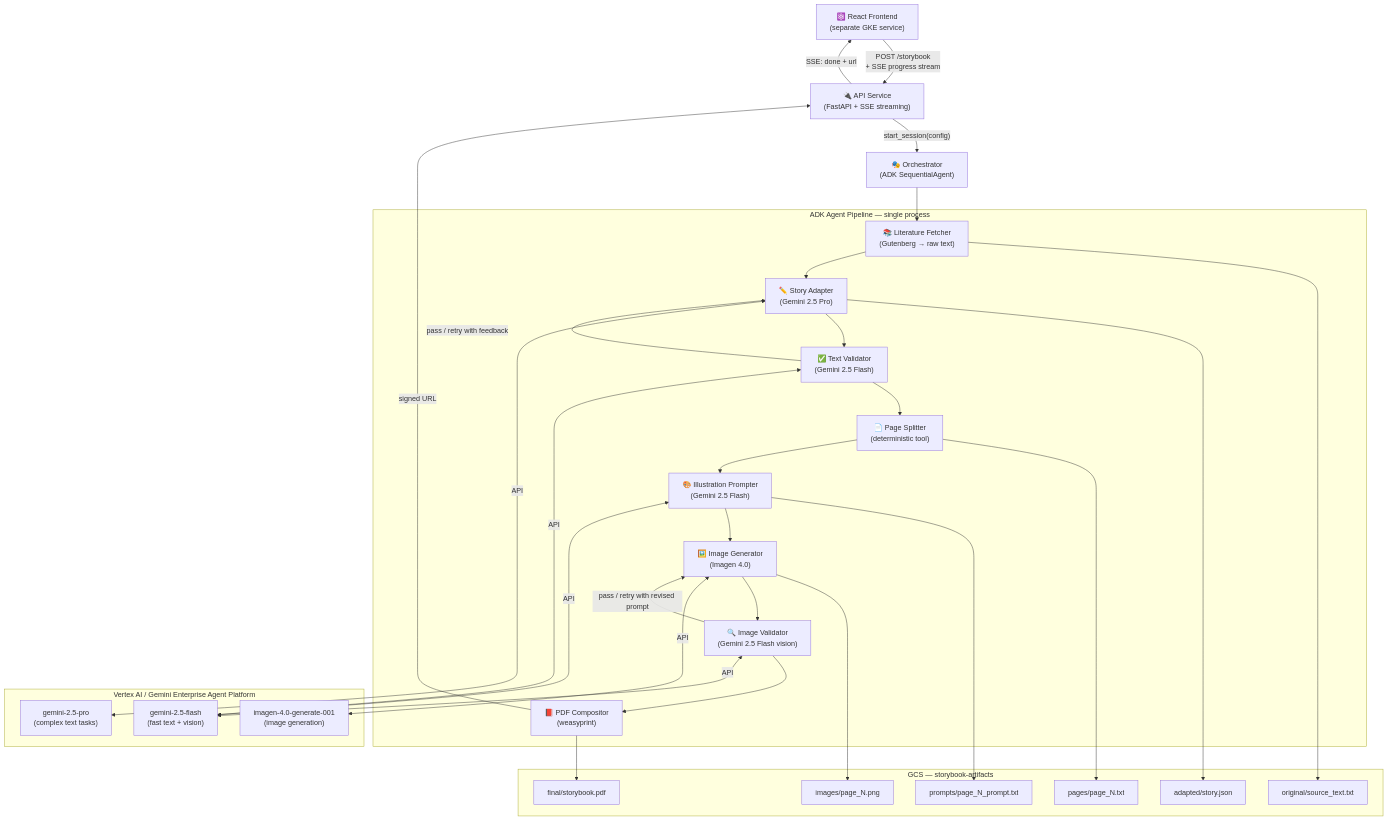
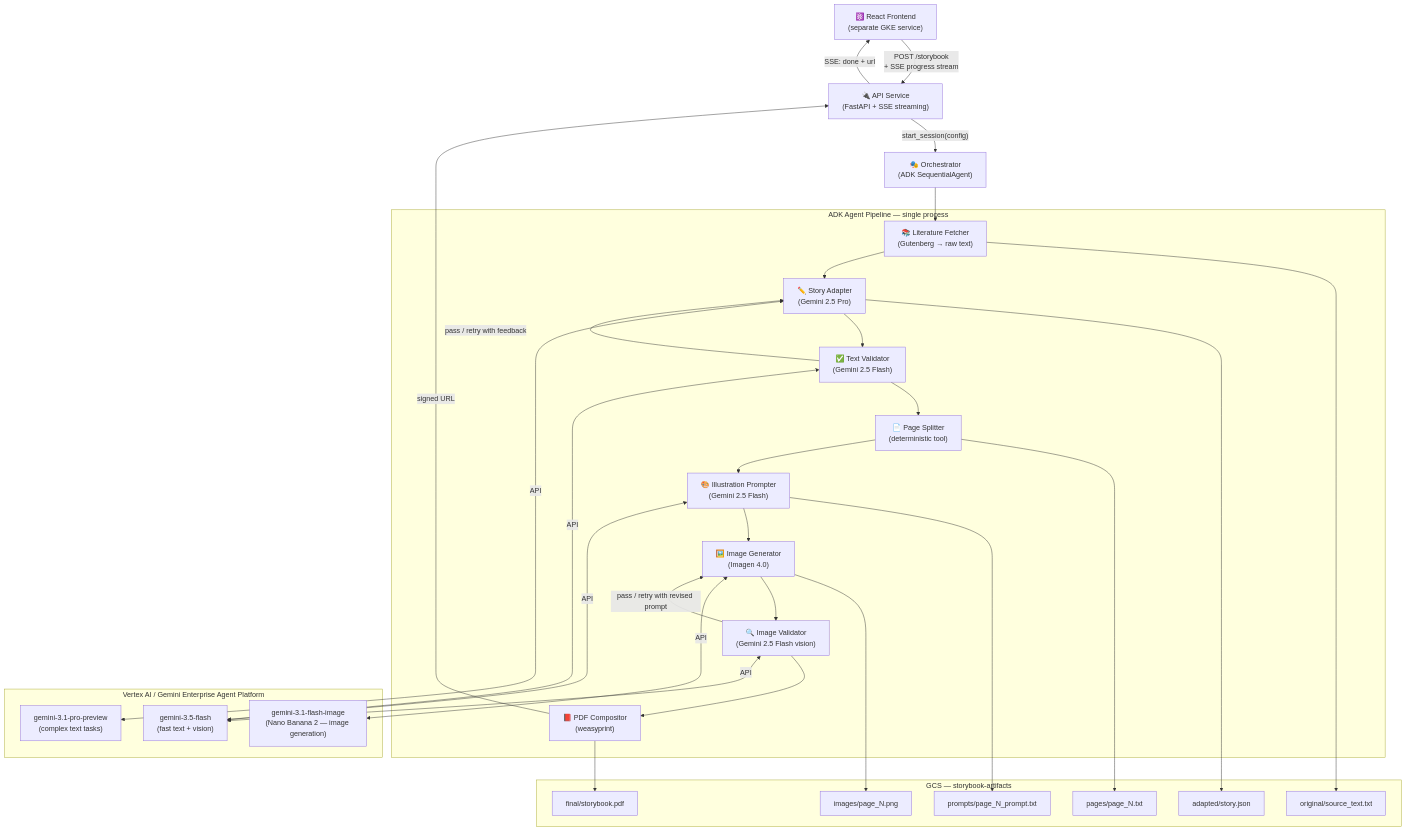
The first of 4 diagrams in docs/architecture/architecture.md (arbrown/asp), drawn with Mermaid before and after one commit. The commit also changed other lines of this file, not shown here.

First line of the commit message:
docs: update to Gemini 3.x models and close three open decisions

````diff
--- a/docs/architecture/architecture.md
+++ b/docs/architecture/architecture.md
@@ -11,65 +11,65 @@
 ```mermaid
 graph TD
     ReactUI["⚛️ React Frontend\n(separate GKE service)"]
     API["🔌 API Service\n(FastAPI + SSE streaming)"]
     Orch["🎭 Orchestrator\n(ADK SequentialAgent)"]
 
     subgraph AgentPipeline ["ADK Agent Pipeline — single process"]
         Fetch["📚 Literature Fetcher\n(Gutenberg → raw text)"]
         Adapt["✏️ Story Adapter\n(Gemini 2.5 Pro)"]
         TextVal["✅ Text Validator\n(Gemini 2.5 Flash)"]
         PageSplit["📄 Page Splitter\n(deterministic tool)"]
         IllPrompt["🎨 Illustration Prompter\n(Gemini 2.5 Flash)"]
         ImgGen["🖼️ Image Generator\n(Imagen 4.0)"]
         ImgVal["🔍 Image Validator\n(Gemini 2.5 Flash vision)"]
         PDF["📕 PDF Compositor\n(weasyprint)"]
     end
 
     subgraph Storage ["GCS — storybook-artifacts"]
         Orig["original/source_text.txt"]
         Adapted["adapted/story.json"]
         Pages["pages/page_N.txt"]
         Prompts["prompts/page_N_prompt.txt"]
         Images["images/page_N.png"]
         Final["final/storybook.pdf"]
     end
 
     subgraph VertexAI ["Vertex AI / Gemini Enterprise Agent Platform"]
-        Gemini25Pro["gemini-2.5-pro\n(complex text tasks)"]
-        Gemini25Flash["gemini-2.5-flash\n(fast text + vision)"]
-        Imagen4["imagen-4.0-generate-001\n(image generation)"]
+        Gemini31Pro["gemini-3.1-pro-preview\n(complex text tasks)"]
+        Gemini35Flash["gemini-3.5-flash\n(fast text + vision)"]
+        NanoBanana2["gemini-3.1-flash-image\n(Nano Banana 2 — image generation)"]
     end
 
     ReactUI -->|"POST /storybook\n+ SSE progress stream"| API
     API -->|"start_session(config)"| Orch
 
     Orch --> Fetch
     Fetch --> Orig
     Fetch --> Adapt
 
     Adapt --> Adapted
     Adapt --> TextVal
     TextVal -->|"pass / retry with feedback"| Adapt
 
     TextVal --> PageSplit
     PageSplit --> Pages
     PageSplit --> IllPrompt
 
     IllPrompt --> Prompts
     IllPrompt --> ImgGen
 
     ImgGen --> Images
     ImgGen --> ImgVal
     ImgVal -->|"pass / retry with revised prompt"| ImgGen
 
     ImgVal --> PDF
     PDF --> Final
     PDF -->|"signed URL"| API
     API -->|"SSE: done + url"| ReactUI
 
-    Adapt <-->|"API"| Gemini25Pro
-    TextVal <-->|"API"| Gemini25Flash
-    IllPrompt <-->|"API"| Gemini25Flash
-    ImgVal <-->|"API"| Gemini25Flash
-    ImgGen <-->|"API"| Imagen4
+    Adapt <-->|"API"| Gemini31Pro
+    TextVal <-->|"API"| Gemini35Flash
+    IllPrompt <-->|"API"| Gemini35Flash
+    ImgVal <-->|"API"| Gemini35Flash
+    ImgGen <-->|"API"| NanoBanana2
 ```
````
